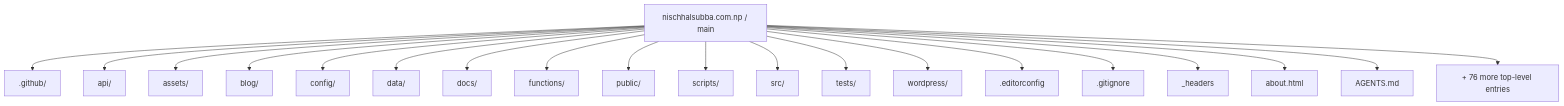
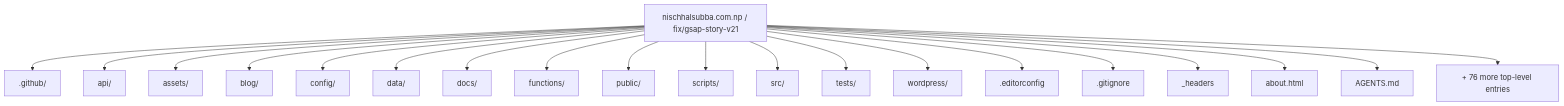
The first of 8 diagrams in README.md (Nischhalsubba/nischhalsubba.com.np), drawn with Mermaid before and after one commit. The commit also changed other lines of this file, not shown here.

````diff
--- a/README.md
+++ b/README.md
@@ -58,23 +58,23 @@
 ```mermaid
 flowchart TD
-    ROOT["nischhalsubba.com.np / main"]
+    ROOT["nischhalsubba.com.np / fix/gsap-story-v21"]
     ROOT --> P0[".github/"]
     ROOT --> P1["api/"]
     ROOT --> P2["assets/"]
     ROOT --> P3["blog/"]
     ROOT --> P4["config/"]
     ROOT --> P5["data/"]
     ROOT --> P6["docs/"]
     ROOT --> P7["functions/"]
     ROOT --> P8["public/"]
     ROOT --> P9["scripts/"]
     ROOT --> P10["src/"]
     ROOT --> P11["tests/"]
     ROOT --> P12["wordpress/"]
     ROOT --> P13[".editorconfig"]
     ROOT --> P14[".gitignore"]
     ROOT --> P15["_headers"]
     ROOT --> P16["about.html"]
     ROOT --> P17["AGENTS.md"]
     ROOT --> MORE["+ 76 more top-level entries"]
 ```
````
